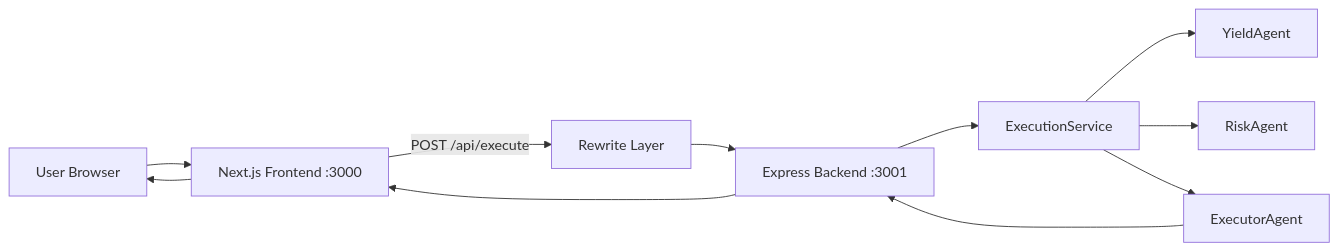
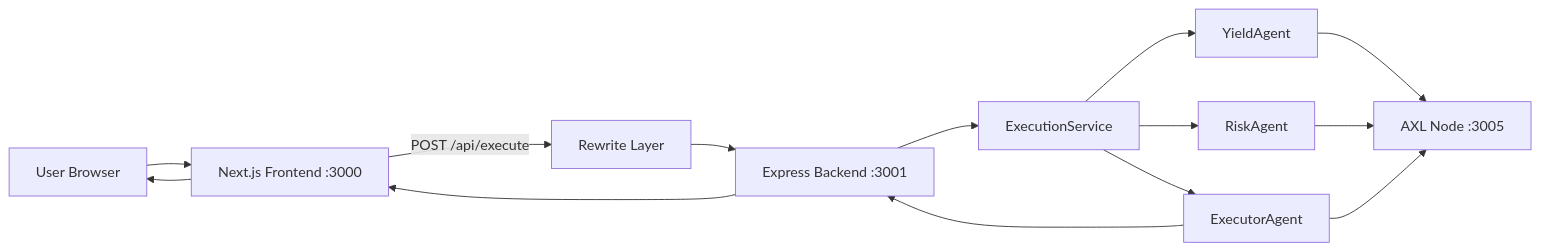
Before and after one commit to Krishnav1237/RelayX: the first of 2 diagrams in docs/architecture.md, drawn with Mermaid. The commit also changed other lines of this file and 26 other files, not shown here.

````diff
--- a/docs/architecture.md
+++ b/docs/architecture.md
@@ -12,13 +13,16 @@
 ```mermaid
 flowchart LR
     U[User Browser] --> F[Next.js Frontend :3000]
     F -->|POST /api/execute| R[Rewrite Layer]
     R --> B[Express Backend :3001]
     B --> O[ExecutionService]
     O --> Y[YieldAgent]
     O --> K[RiskAgent]
     O --> E[ExecutorAgent]
+    Y --> A[AXL Node :3005]
+    K --> A
+    E --> A
     E --> B
     B --> F
     F --> U
 ```
````
